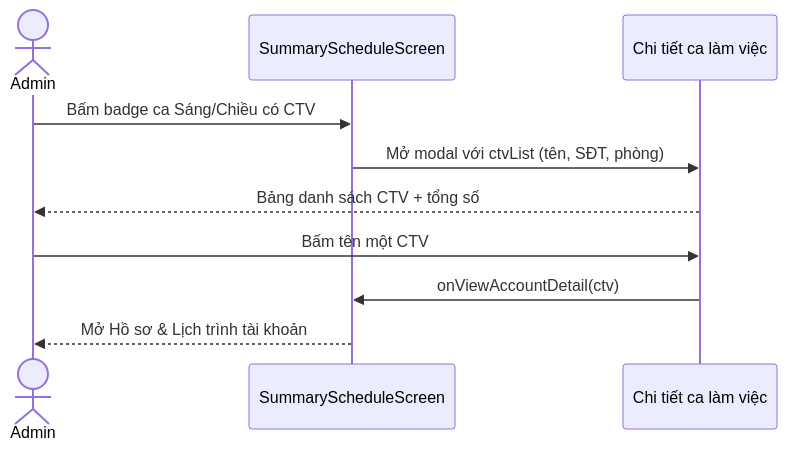
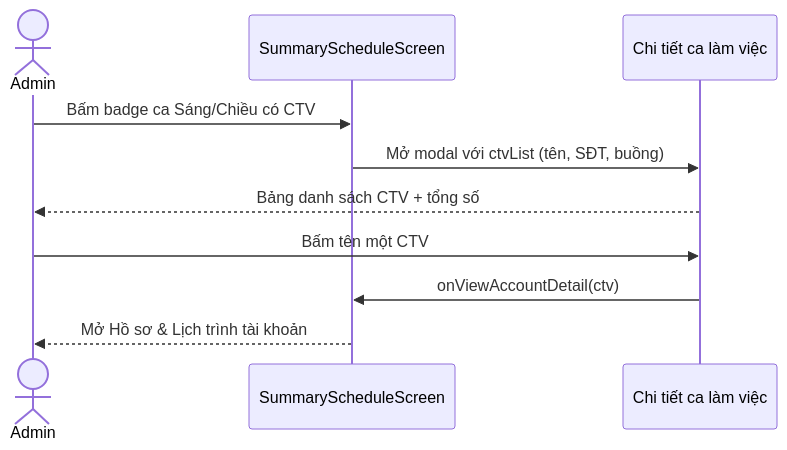
Before and after one commit to MINHDZVODICH/ctv-manage: the third of 3 diagrams in docs/sequence-diagrams/07-xem-lich-lam-viec-tong-hop.md, drawn with Mermaid. The commit also changed other lines of this file and 43 other files, not shown here.

````diff
--- a/docs/sequence-diagrams/07-xem-lich-lam-viec-tong-hop.md
+++ b/docs/sequence-diagrams/07-xem-lich-lam-viec-tong-hop.md
@@ -91,13 +94,13 @@
 ```mermaid
 sequenceDiagram
     actor A as Admin
     participant UI as SummaryScheduleScreen
     participant Modal as Chi tiết ca làm việc
 
     A->>UI: Bấm badge ca Sáng/Chiều có CTV
-    UI->>Modal: Mở modal với ctvList (tên, SĐT, phòng)
+    UI->>Modal: Mở modal với ctvList (tên, SĐT, buồng)
     Modal-->>A: Bảng danh sách CTV + tổng số
     A->>Modal: Bấm tên một CTV
     Modal->>UI: onViewAccountDetail(ctv)
     UI-->>A: Mở Hồ sơ & Lịch trình tài khoản
 ```
````
